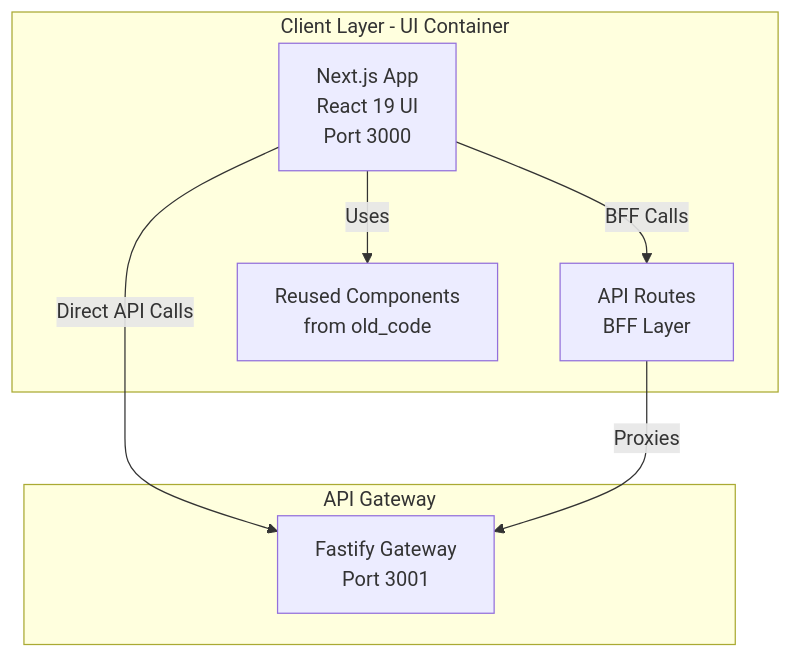
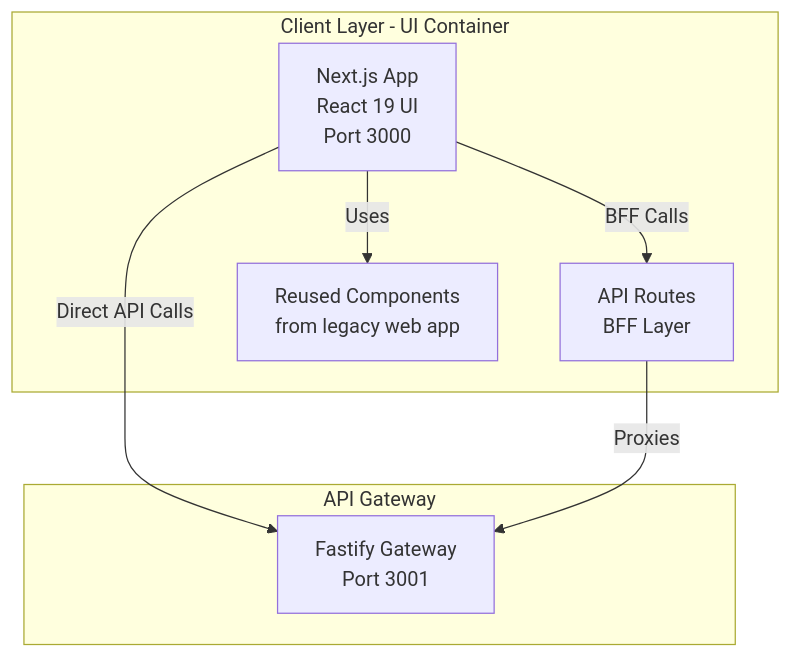
The first of 4 diagrams in documentation/global/Architecture.md (Edgame2/castiel2), drawn with Mermaid before and after one commit. The commit also changed other lines of this file and 673 other files, not shown here.

````diff
--- a/documentation/global/Architecture.md
+++ b/documentation/global/Architecture.md
@@ -27,17 +27,17 @@
 ```mermaid
 graph TB
     subgraph Client["Client Layer - UI Container"]
         NextJS[Next.js App<br/>React 19 UI<br/>Port 3000]
         APIRoutes[API Routes<br/>BFF Layer]
-        Components[Reused Components<br/>from old_code]
+        Components[Reused Components<br/>from legacy web app]
     end
     
     subgraph Gateway["API Gateway"]
         GatewaySvc[Fastify Gateway<br/>Port 3001]
     end
     
     NextJS -->|Direct API Calls| GatewaySvc
     NextJS -->|BFF Calls| APIRoutes
     APIRoutes -->|Proxies| GatewaySvc
     NextJS -->|Uses| Components
 ```
````
